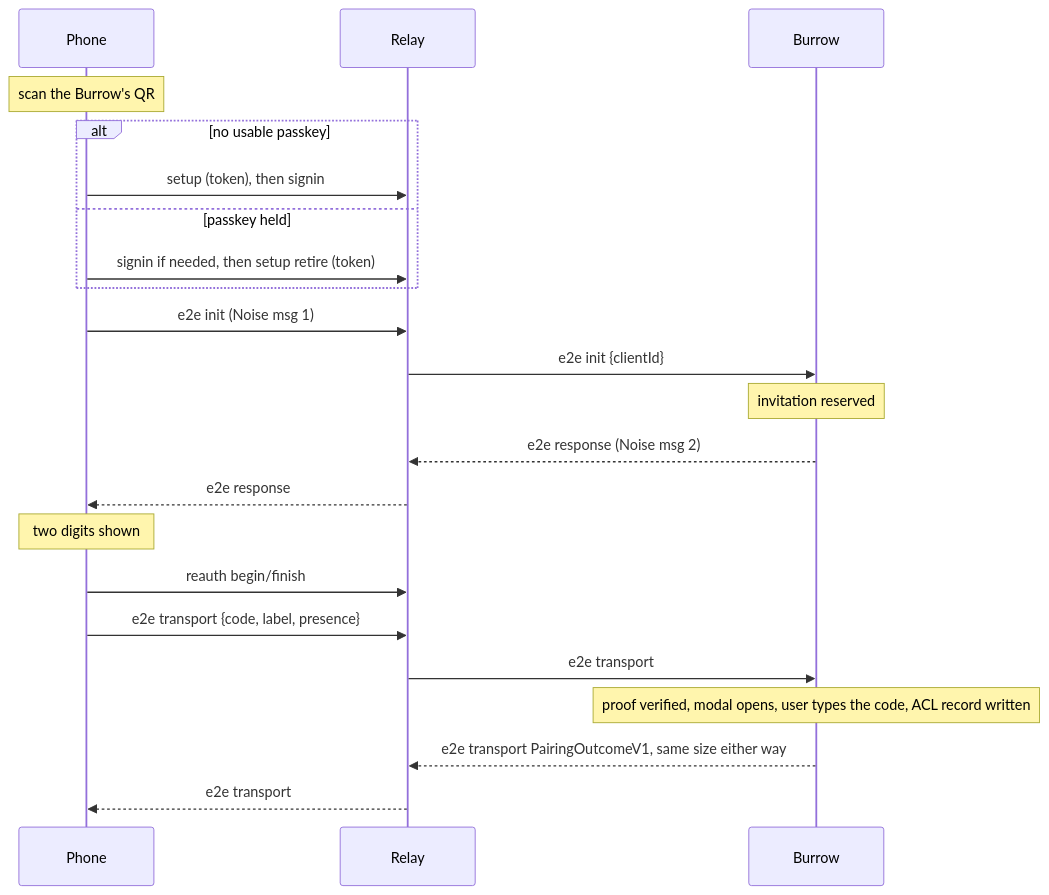
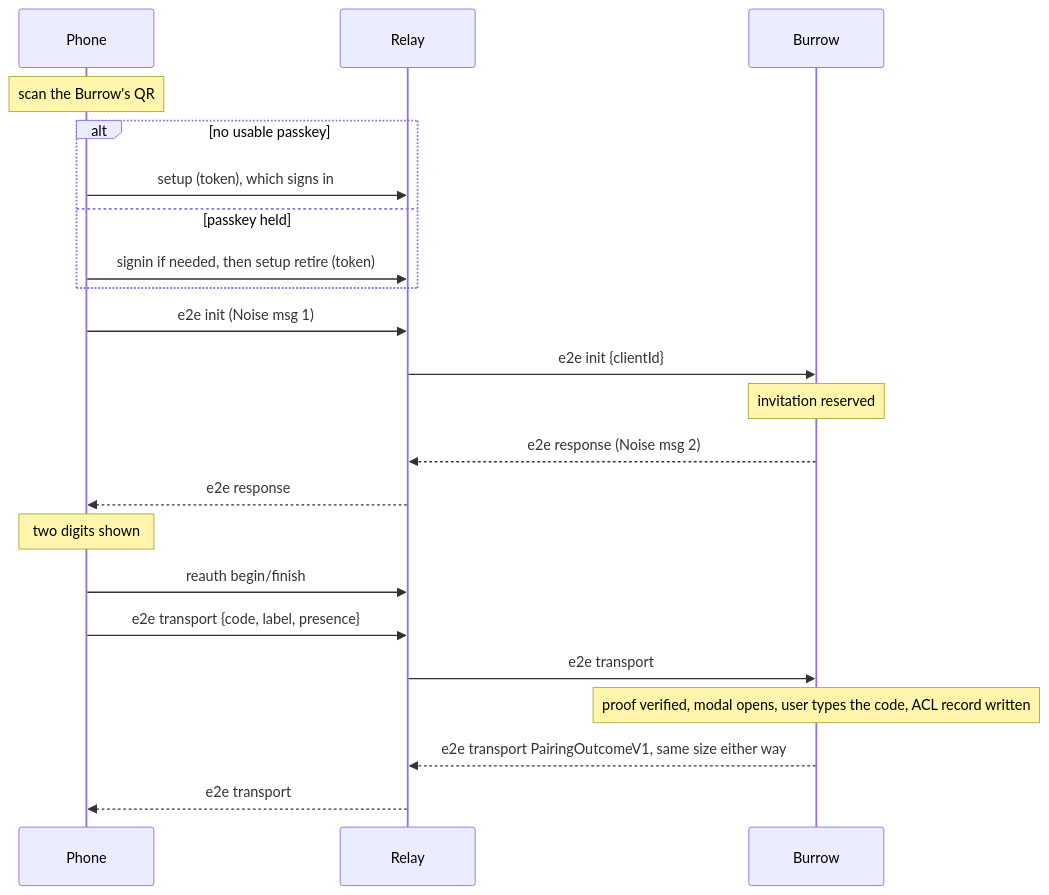
The first of 2 diagrams in docs/specs/relay.md (diffplug/dormouse), drawn with Mermaid before and after one commit. The commit also changed other lines of this file and 17 other files, not shown here.

First line of the commit message:
feat(pocket): setup/finish issues the relay session

````diff
--- a/docs/specs/relay.md
+++ b/docs/specs/relay.md
@@ -201,21 +201,21 @@
 ```mermaid
 sequenceDiagram
   Note over Phone: scan the Burrow's QR
   alt no usable passkey
-    Phone->>Relay: setup (token), then signin
+    Phone->>Relay: setup (token), which signs in
   else passkey held
     Phone->>Relay: signin if needed, then setup retire (token)
   end
   Phone->>Relay: e2e init (Noise msg 1)
   Relay->>Burrow: e2e init {clientId}
   Note over Burrow: invitation reserved
   Burrow-->>Relay: e2e response (Noise msg 2)
   Relay-->>Phone: e2e response
   Note over Phone: two digits shown
   Phone->>Relay: reauth begin/finish
   Phone->>Relay: e2e transport {code, label, presence}
   Relay->>Burrow: e2e transport
   Note over Burrow: proof verified, modal opens, user types the code, ACL record written
   Burrow-->>Relay: e2e transport PairingOutcomeV1, same size either way
   Relay-->>Phone: e2e transport
 ```
````
